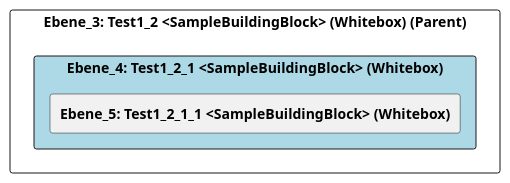
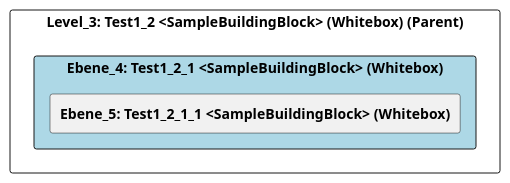
Before and after one commit to marcozwyssig/cleon: the diagram in src/cleon.architecturemethods.arc42.sample/doc/cleon_architecturemethods_arc42_sample_arc42/adoc/de/05_bausteinsicht/chess/test1/test1_2/test1_2_1/ebene_4_test1_2_1.adoc, drawn with PlantUML. The commit also changed other lines of this file and 169 other files, not shown here.

```diff
--- a/src/cleon.architecturemethods.arc42.sample/doc/cleon_architecturemethods_arc42_sample_arc42/adoc/de/05_bausteinsicht/chess/test1/test1_2/test1_2_1/ebene_4_test1_2_1.adoc
+++ b/src/cleon.architecturemethods.arc42.sample/doc/cleon_architecturemethods_arc42_sample_arc42/adoc/de/05_bausteinsicht/chess/test1/test1_2/test1_2_1/ebene_4_test1_2_1.adoc
@@ -20,26 +20,26 @@
 [plantuml, Ebene_4: Test1_2_1 <SampleBuildingBlock> (Whitebox)BlockOverview, format="svg"]
 ----
 @startuml Ebene_4: Test1_2_1 <SampleBuildingBlock> (Whitebox)BuildingBlockOverview
 
 skinparam ranksep 10
 skinparam componentStyle rectangle
 skinparam shadowing false
 skinparam arrowColor lightblue
 skinparam arrowThickness 1.2
 skinparam rectangle {
   BackgroundColor White
   BorderColor #333
   RoundCorner 10
 }
 top to bottom direction
 
-component "Ebene_3: Test1_2 <SampleBuildingBlock> (Whitebox) (Parent)" {
+component "Level_3: Test1_2 <SampleBuildingBlock> (Whitebox) (Parent)" {
     component "Ebene_4: Test1_2_1 <SampleBuildingBlock> (Whitebox)" #lightblue {
         [**Ebene_5: Test1_2_1_1 <SampleBuildingBlock> (Whitebox)**] as 7F52B647_D579_11EE_903E_9F564E4DE07E
     }
 
     
 }
 
 @enduml
 ----
```
